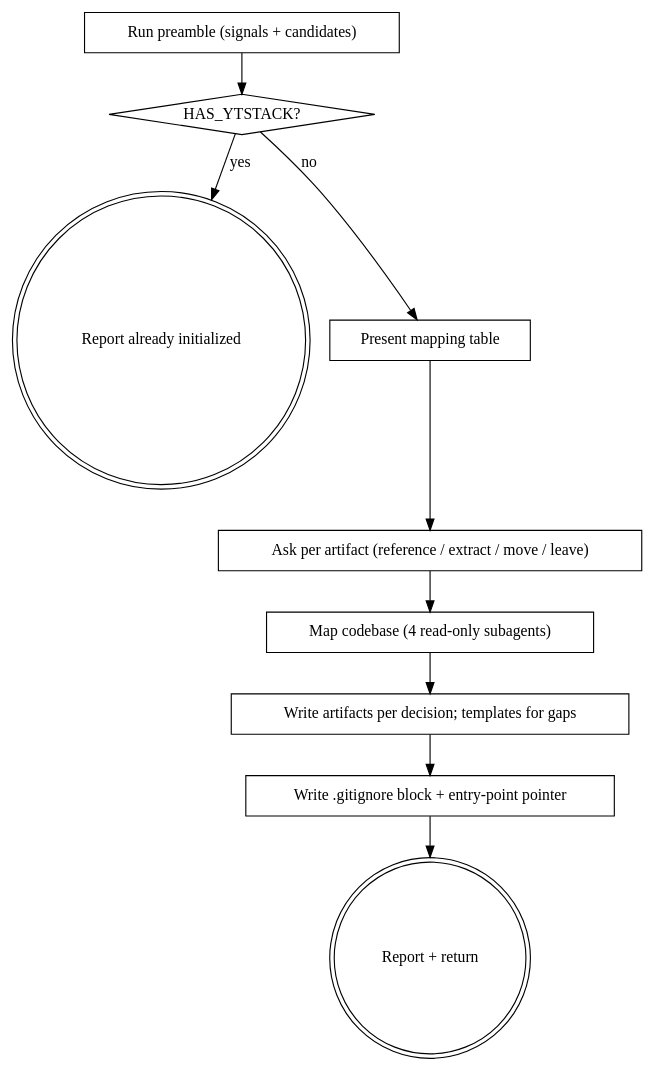
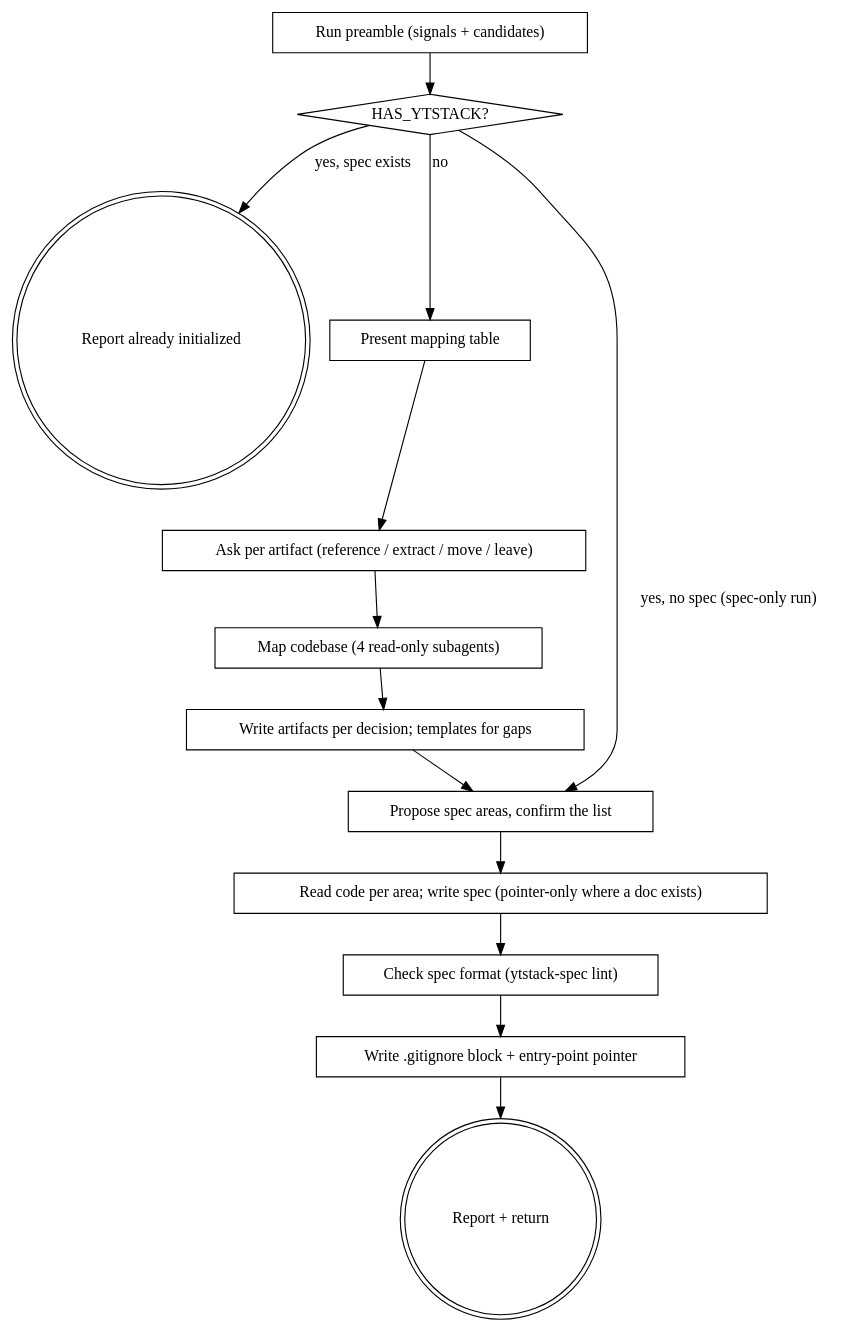
The diagram in skills/adopt-brownfield/SKILL.md (Yesterday-AI/ytstack), drawn with Graphviz before and after one commit. The commit also changed other lines of this file and 7 other files, not shown here.

````diff
--- a/skills/adopt-brownfield/SKILL.md
+++ b/skills/adopt-brownfield/SKILL.md
@@ -58,22 +66,29 @@
 ```dot
 digraph adopt_brownfield {
     "Run preamble (signals + candidates)" [shape=box];
     "HAS_YTSTACK?" [shape=diamond];
     "Report already initialized" [shape=doublecircle];
     "Present mapping table" [shape=box];
     "Ask per artifact (reference / extract / move / leave)" [shape=box];
     "Map codebase (4 read-only subagents)" [shape=box];
     "Write artifacts per decision; templates for gaps" [shape=box];
+    "Propose spec areas, confirm the list" [shape=box];
+    "Read code per area; write spec (pointer-only where a doc exists)" [shape=box];
+    "Check spec format (ytstack-spec lint)" [shape=box];
     "Write .gitignore block + entry-point pointer" [shape=box];
     "Report + return" [shape=doublecircle];
 
     "Run preamble (signals + candidates)" -> "HAS_YTSTACK?";
-    "HAS_YTSTACK?" -> "Report already initialized" [label="yes"];
+    "HAS_YTSTACK?" -> "Report already initialized" [label="yes, spec exists"];
+    "HAS_YTSTACK?" -> "Propose spec areas, confirm the list" [label="yes, no spec (spec-only run)"];
     "HAS_YTSTACK?" -> "Present mapping table" [label="no"];
     "Present mapping table" -> "Ask per artifact (reference / extract / move / leave)";
     "Ask per artifact (reference / extract / move / leave)" -> "Map codebase (4 read-only subagents)";
     "Map codebase (4 read-only subagents)" -> "Write artifacts per decision; templates for gaps";
-    "Write artifacts per decision; templates for gaps" -> "Write .gitignore block + entry-point pointer";
+    "Write artifacts per decision; templates for gaps" -> "Propose spec areas, confirm the list";
+    "Propose spec areas, confirm the list" -> "Read code per area; write spec (pointer-only where a doc exists)";
+    "Read code per area; write spec (pointer-only where a doc exists)" -> "Check spec format (ytstack-spec lint)";
+    "Check spec format (ytstack-spec lint)" -> "Write .gitignore block + entry-point pointer";
     "Write .gitignore block + entry-point pointer" -> "Report + return";
 }
 ```
````
